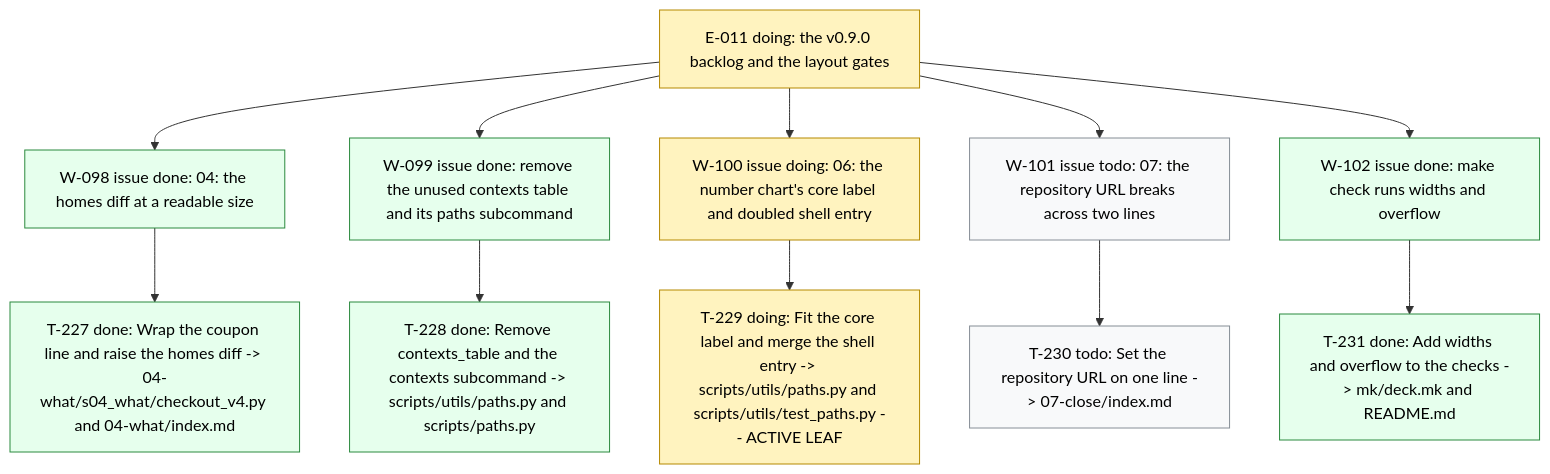
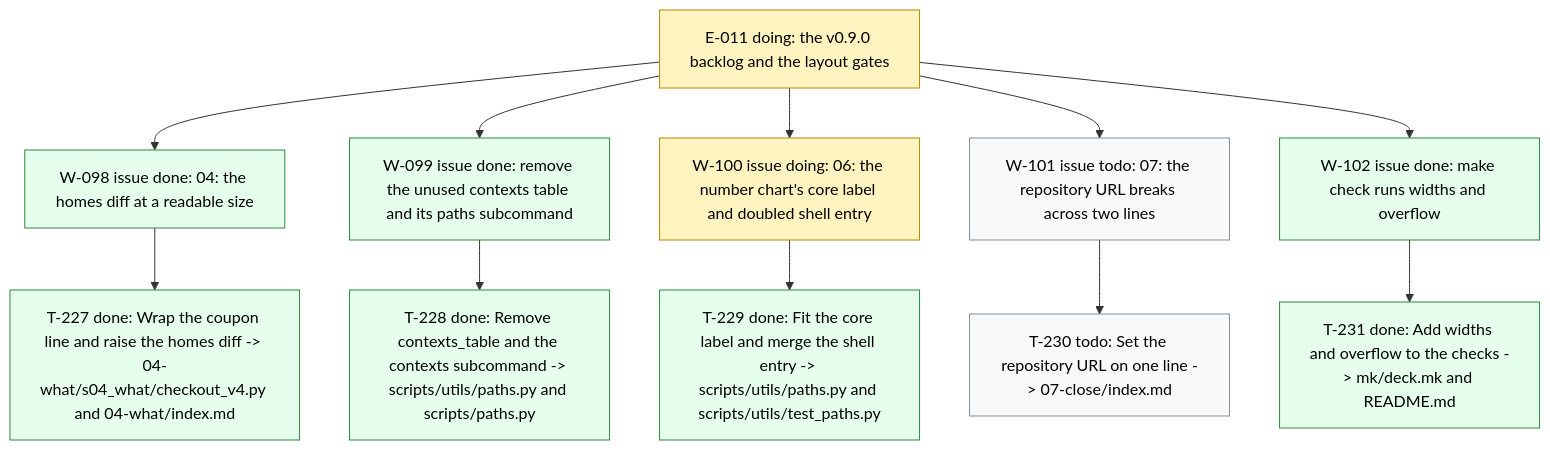
The diagram in .board/BOARD.md (dpopchev/chaos-to-simple), drawn with Mermaid before and after one commit. The commit also changed other lines of this file and 1 other file, not shown here.

Commit message:
chore(board): close T-229 -- W-100 ready to land
Refs: W-100 T-229

````diff
--- a/.board/BOARD.md
+++ b/.board/BOARD.md
@@ -594,22 +594,22 @@
 ```mermaid
 flowchart TD
   E011["E-011 doing: the v0.9.0 backlog and the layout gates"]
   E011 --> W098["W-098 issue done: 04: the homes diff at a readable size"]
   W098 --> T227["T-227 done: Wrap the coupon line and raise the homes diff -> 04-what/s04_what/checkout_v4.py and 04-what/index.md"]
   E011 --> W099["W-099 issue done: remove the unused contexts table and its paths subcommand"]
   W099 --> T228["T-228 done: Remove contexts_table and the contexts subcommand -> scripts/utils/paths.py and scripts/paths.py"]
   E011 --> W100["W-100 issue doing: 06: the number chart's core label and doubled shell entry"]
-  W100 --> T229["T-229 doing: Fit the core label and merge the shell entry -> scripts/utils/paths.py and scripts/utils/test_paths.py -- ACTIVE LEAF"]
+  W100 --> T229["T-229 done: Fit the core label and merge the shell entry -> scripts/utils/paths.py and scripts/utils/test_paths.py"]
   E011 --> W101["W-101 issue todo: 07: the repository URL breaks across two lines"]
   W101 --> T230["T-230 todo: Set the repository URL on one line -> 07-close/index.md"]
   E011 --> W102["W-102 issue done: make check runs widths and overflow"]
   W102 --> T231["T-231 done: Add widths and overflow to the checks -> mk/deck.mk and README.md"]
   classDef doing fill:#fff3bf,stroke:#b58900,color:#000;
   classDef blocked fill:#ffe3e3,stroke:#c92a2a,color:#000;
   classDef done fill:#e6ffed,stroke:#2b8a3e,color:#000;
   classDef todo fill:#f8f9fa,stroke:#868e96,color:#000;
   classDef pruned fill:#f1f3f5,stroke:#adb5bd,color:#000;
-  class E011,W100,T229 doing
-  class W098,T227,W099,T228,W102,T231 done
+  class E011,W100 doing
+  class W098,T227,W099,T228,T229,W102,T231 done
   class W101,T230 todo
 ```
````
